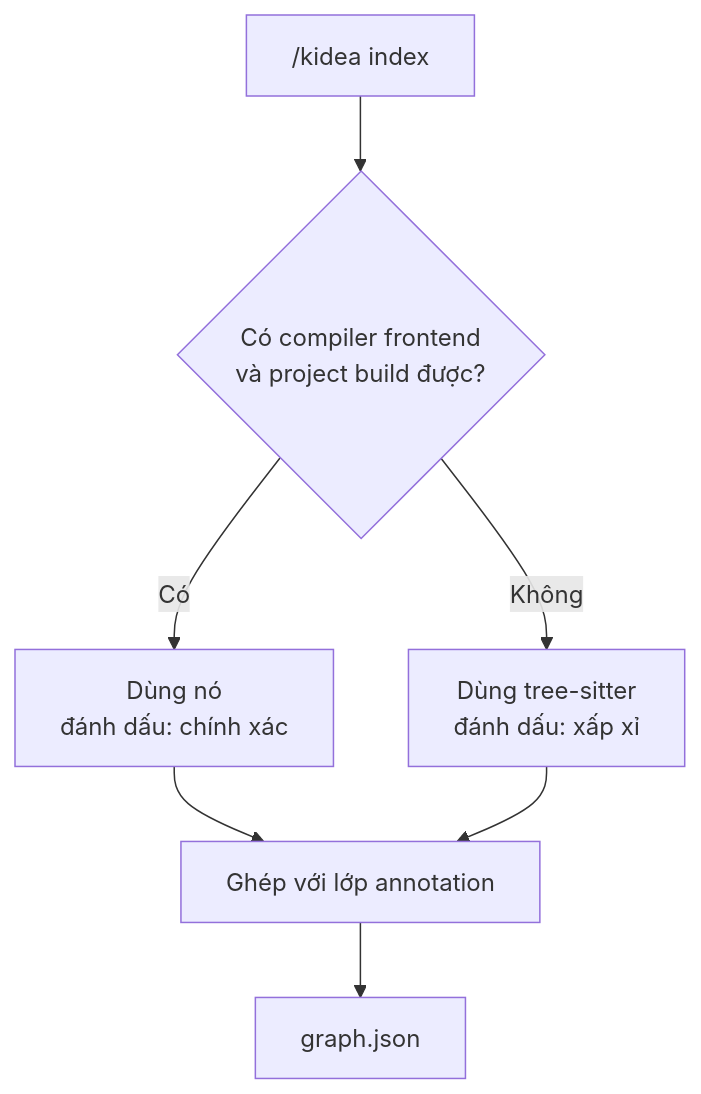
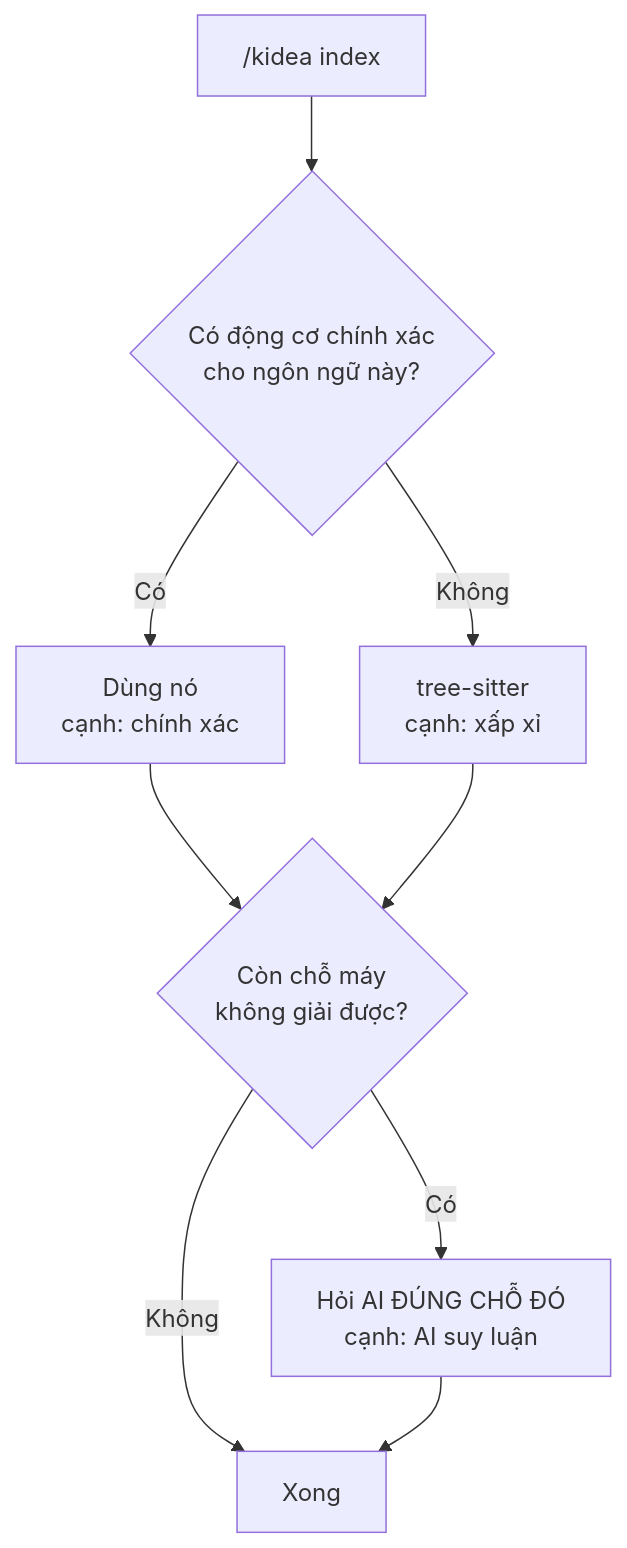
Before and after one commit to Kynderis/kendrick-ai-tools: the second of 6 diagrams in answer.md, drawn with Mermaid. The commit also changed other lines of this file and 2 other files, not shown here.

````diff
--- a/answer.md
+++ b/answer.md
@@ -111,9 +57,11 @@
 ```mermaid
 flowchart TD
-    A["/kidea index"] --> B{"Có compiler frontend<br/>và project build được?"}
-    B -- "Có" --> C["Dùng nó<br/>đánh dấu: chính xác"]
-    B -- "Không" --> D["Dùng tree-sitter<br/>đánh dấu: xấp xỉ"]
-    C --> E["Ghép với lớp annotation"]
+    A["/kidea index"] --> B{"Có động cơ chính xác<br/>cho ngôn ngữ này?"}
+    B -- "Có" --> C["Dùng nó<br/>cạnh: chính xác"]
+    B -- "Không" --> D["tree-sitter<br/>cạnh: xấp xỉ"]
+    C --> E{"Còn chỗ máy<br/>không giải được?"}
     D --> E
-    E --> F["graph.json"]
+    E -- "Có" --> F["Hỏi AI ĐÚNG CHỖ ĐÓ<br/>cạnh: AI suy luận"]
+    E -- "Không" --> G["Xong"]
+    F --> G
 ```
````
